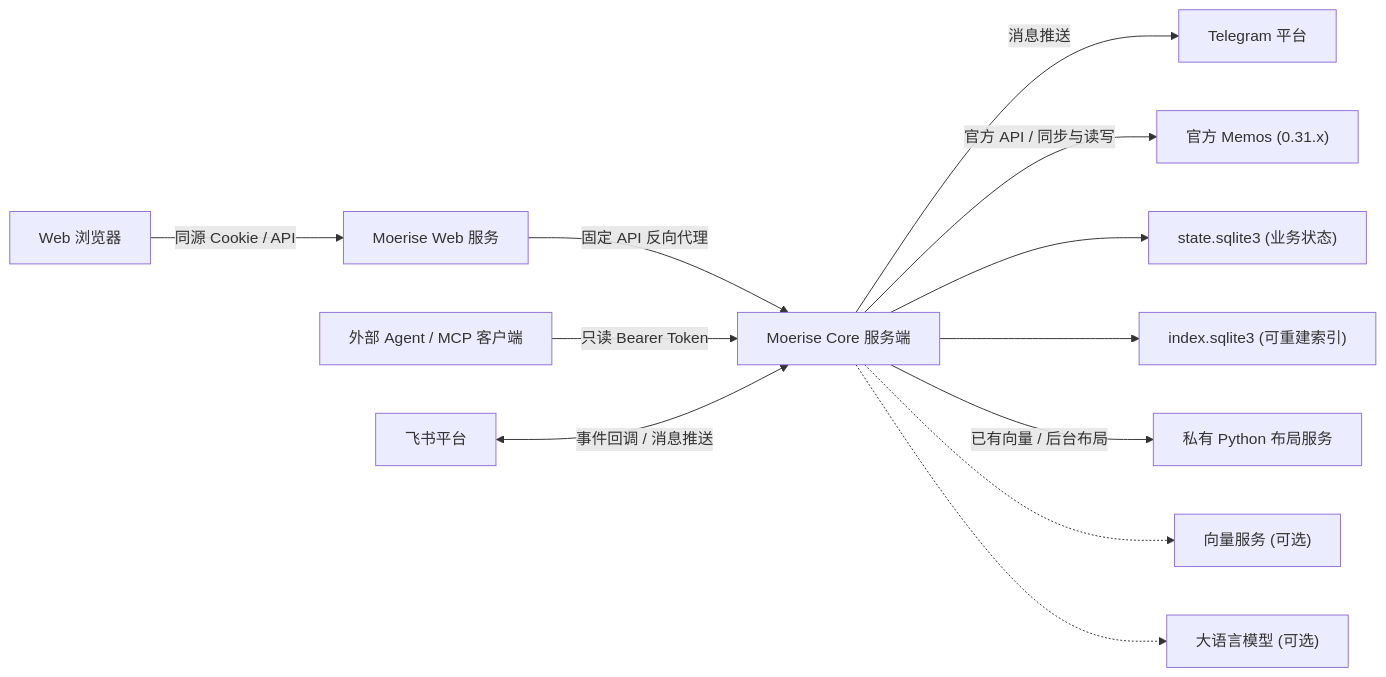
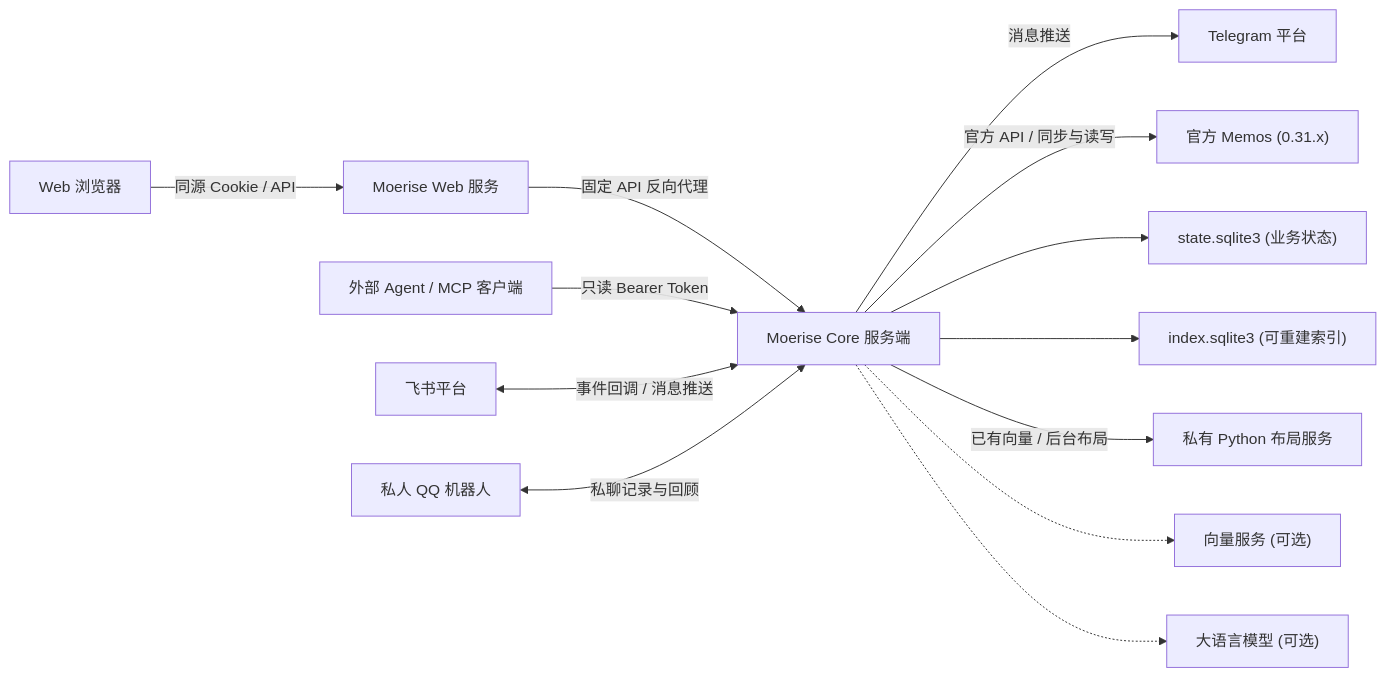
The diagram in README.md (Fermin214/Moerise), drawn with Mermaid before and after one commit. The commit also changed other lines of this file and 76 other files, not shown here.

````diff
--- a/README.md
+++ b/README.md
@@ -51,15 +51,16 @@
 ```mermaid
 flowchart LR
     Browser["Web 浏览器"] -->|"同源 Cookie / API"| Web["Moerise Web 服务"]
     Web -->|"固定 API 反向代理"| Core["Moerise Core 服务端"]
     Agent["外部 Agent / MCP 客户端"] -->|"只读 Bearer Token"| Core
     Feishu["飞书平台"] <-->|"事件回调 / 消息推送"| Core
     Core -->|"消息推送"| Telegram["Telegram 平台"]
+    QQ["私人 QQ 机器人"] <-->|"私聊记录与回顾"| Core
 
     Core -->|"官方 API / 同步与读写"| Memos["官方 Memos (0.31.x)"]
     Core --> State["state.sqlite3 (业务状态)"]
     Core --> Index["index.sqlite3 (可重建索引)"]
     Core -->|"已有向量 / 后台布局"| Layout["私有 Python 布局服务"]
     Core -.-> Embedding["向量服务 (可选)"]
     Core -.-> LLM["大语言模型 (可选)"]
 ```
````
